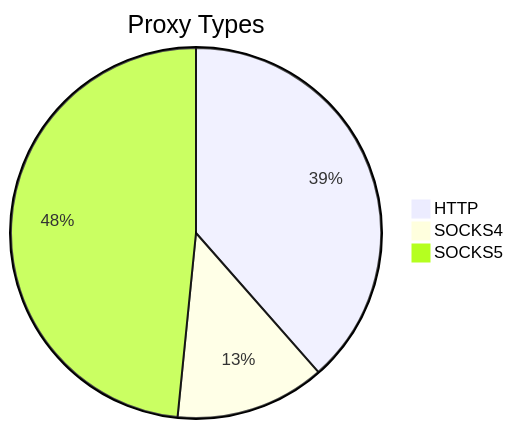
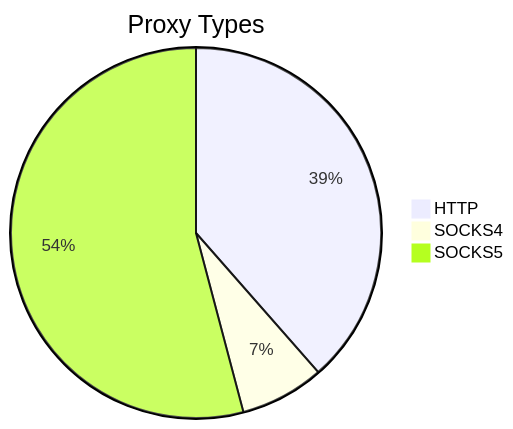
One commit to stormsia/proxy-list changed the first of 2 diagrams in README.md. Above: the diagram before and after it, drawn with Mermaid. The commit also changed other lines of this file, not shown here.

````diff
--- a/README.md
+++ b/README.md
@@ -21,6 +21,6 @@
 ```mermaid
 pie title Proxy Types
-    "HTTP" : 218
-    "SOCKS4" : 74
-    "SOCKS5" : 274
+    "HTTP" : 131
+    "SOCKS4" : 25
+    "SOCKS5" : 184
 ```
````
